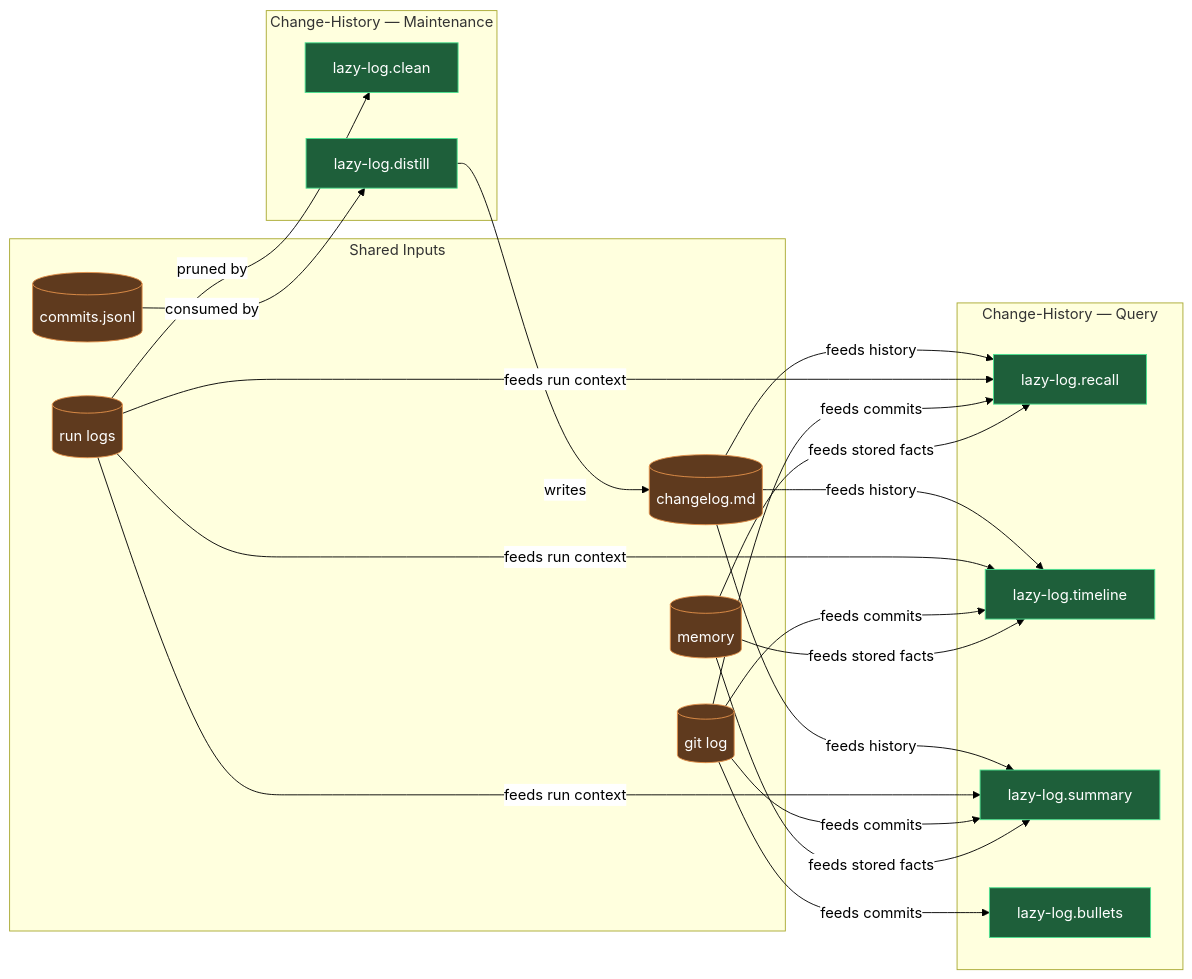
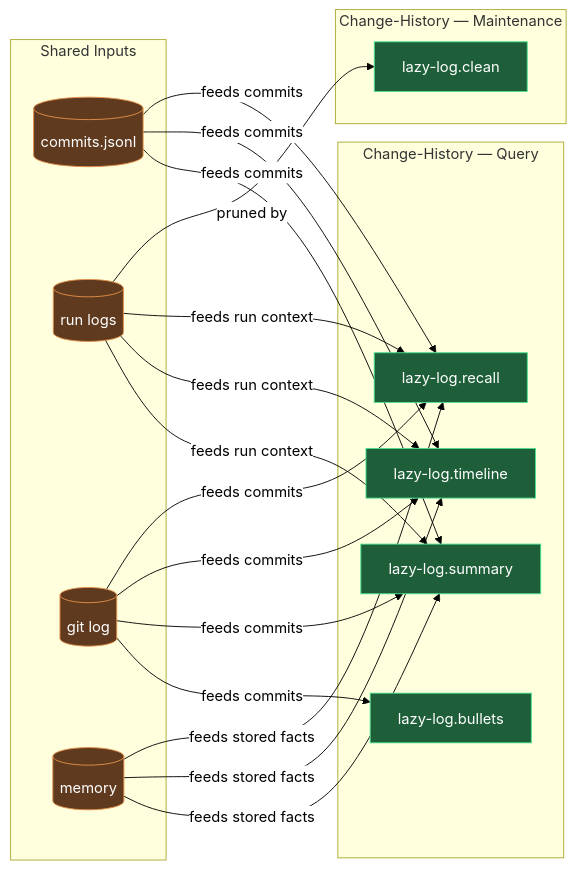
The diagram in plugins/claude/lazycortex-core/help/change-history.md (mebius-san/lazy-cortex), drawn with Mermaid before and after one commit. The commit also changed other lines of this file and 251 other files, not shown here.

First line of the commit message:
release core 10.2.0, diagram 2.0.1, experts 1.9.2, observe 2.2.1, obsidian 6.0.1, python 4.7.2, review 6.9.1, specs 9.7.2, wiki 3.3.2

````diff
--- a/plugins/claude/lazycortex-core/help/change-history.md
+++ b/plugins/claude/lazycortex-core/help/change-history.md
@@ -69,57 +66,51 @@
 ```mermaid
 %%{init: {'themeVariables':{'background':'transparent','lineColor':'#000','textColor':'#000','edgeLabelBackground':'#fff'},'themeCSS':'.edgeLabel{background-color:transparent!important}.edgeLabel p{background-color:transparent!important}','flowchart':{'diagramPadding':5,'useMaxWidth':true}}}%%
 flowchart LR
   subgraph inputs [Shared Inputs]
     commitsJsonl[(commits.jsonl)]
-    changelogMd[(changelog.md)]
     runLogs[(run logs)]
     gitLog[(git log)]
     memory[(memory)]
   end
 
   subgraph maintenance [Change-History — Maintenance]
     logClean[lazy-log.clean]
-    logDistill[lazy-log.distill]
   end
 
   subgraph queryAgents [Change-History — Query]
     logRecall[lazy-log.recall]
     logTimeline[lazy-log.timeline]
     logSummary[lazy-log.summary]
     logBullets[lazy-log.bullets]
   end
 
   runLogs -->|pruned by| logClean
-  commitsJsonl -->|consumed by| logDistill
-  logDistill -->|writes| changelogMd
 
-  changelogMd -->|feeds history| logRecall
-  changelogMd -->|feeds history| logTimeline
-  changelogMd -->|feeds history| logSummary
+  commitsJsonl -->|feeds commits| logRecall
+  commitsJsonl -->|feeds commits| logTimeline
+  commitsJsonl -->|feeds commits| logSummary
   runLogs -->|feeds run context| logRecall
   runLogs -->|feeds run context| logTimeline
   runLogs -->|feeds run context| logSummary
   gitLog -->|feeds commits| logRecall
   gitLog -->|feeds commits| logTimeline
   gitLog -->|feeds commits| logSummary
   memory -->|feeds stored facts| logRecall
   memory -->|feeds stored facts| logTimeline
   memory -->|feeds stored facts| logSummary
   gitLog -->|feeds commits| logBullets
 
   classDef entry fill:#1e3a5f,stroke:#4a90e2,color:#fff
   classDef action fill:#1e5f3a,stroke:#4ae290,color:#fff
   classDef store fill:#5f3a1e,stroke:#e2904a,color:#fff
 
   class logClean action
-  class logDistill action
   class logRecall action
   class logTimeline action
   class logSummary action
   class logBullets action
   class commitsJsonl store
-  class changelogMd store
   class runLogs store
   class gitLog store
   class memory store
 ```
````
